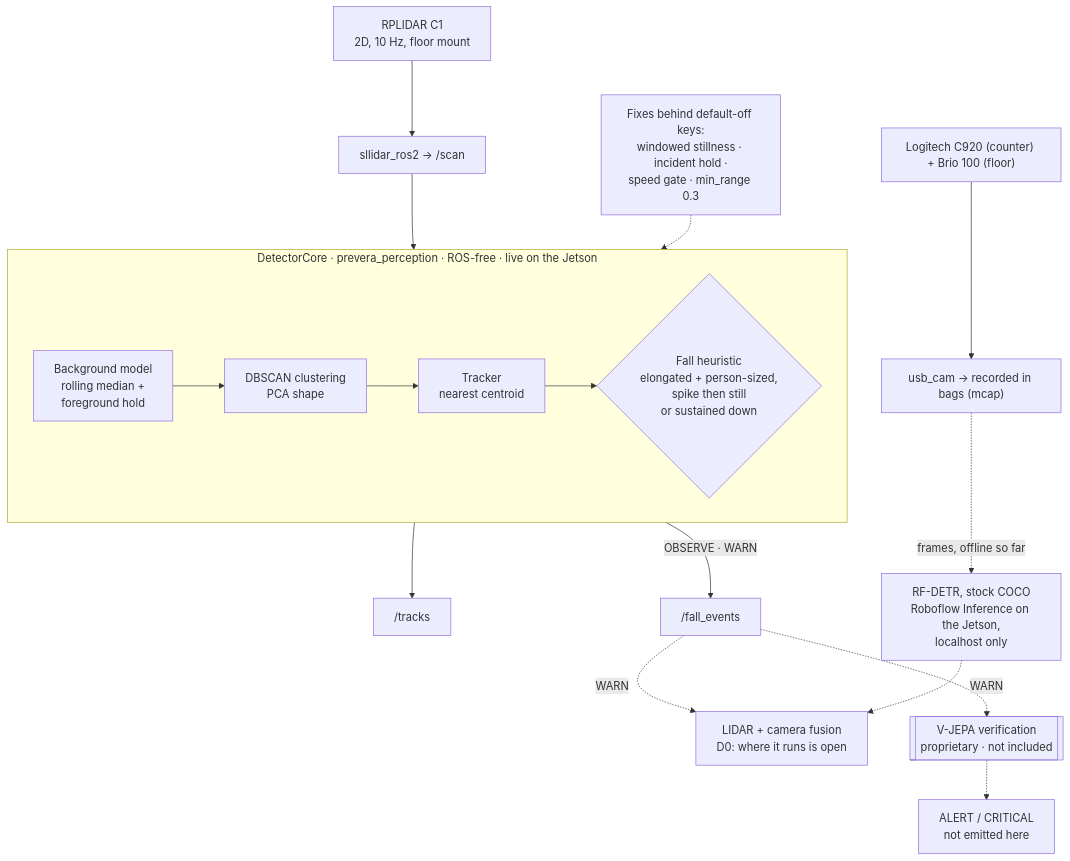
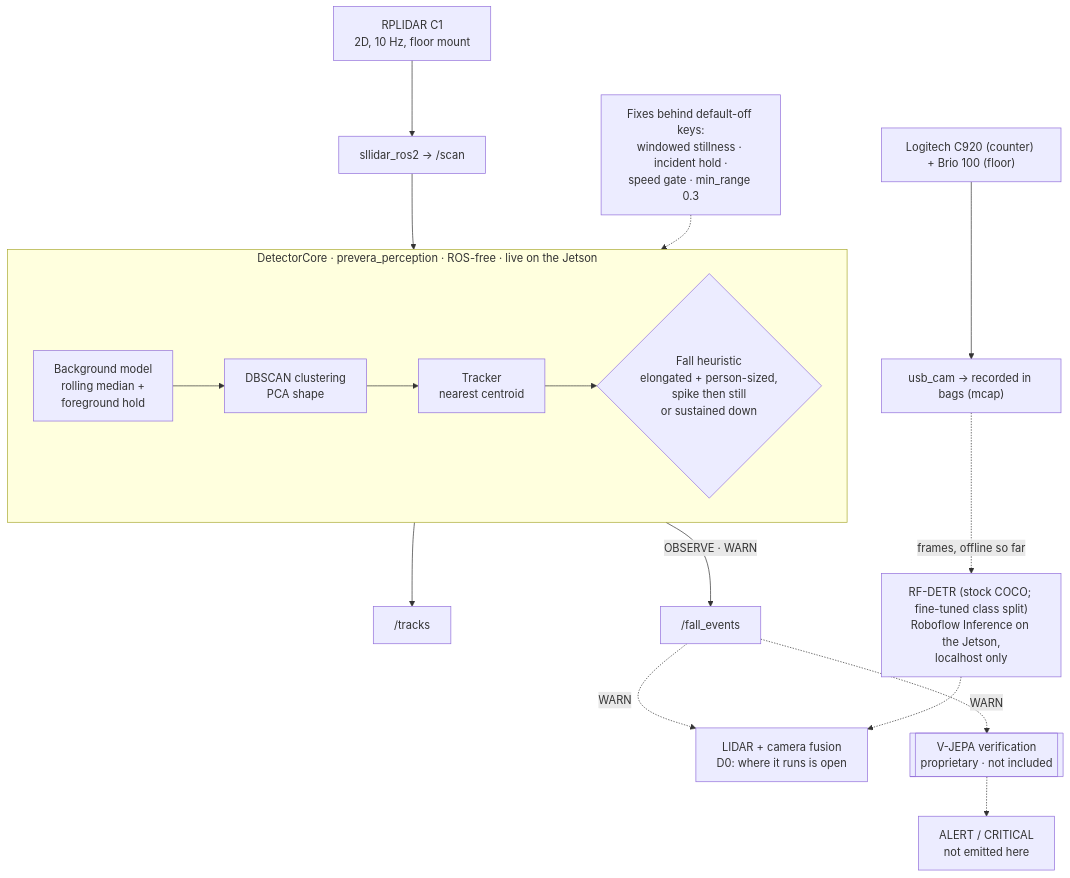
One commit to JeremyGracey-AI/prevera-guardian-lidar changed the first of 2 diagrams in README.md. Above: the diagram before and after it, drawn with Mermaid. The commit also changed other lines of this file, not shown here.

First line of the commit message:
docs: README brought to the 2026-09-28 state; Key results gains the fine-tune, device fit and co-load, with their caveats

````diff
--- a/README.md
+++ b/README.md
@@ -56,20 +57,20 @@
 ```mermaid
 flowchart TB
   lidar["RPLIDAR C1<br/>2D, 10 Hz, floor mount"] --> drv["sllidar_ros2 → /scan"]
   cams["Logitech C920 (counter) + Brio 100 (floor)"] --> uc["usb_cam → recorded in bags (mcap)"]
   subgraph core["DetectorCore · prevera_perception · ROS-free · live on the Jetson"]
     direction LR
     bg["Background model<br/>rolling median +<br/>foreground hold"] --> clu["DBSCAN clustering<br/>PCA shape"]
     clu --> trk["Tracker<br/>nearest centroid"]
     trk --> fall{"Fall heuristic<br/>elongated + person-sized,<br/>spike then still<br/>or sustained down"}
   end
   drv --> bg
   fixes["Fixes behind default-off keys:<br/>windowed stillness · incident hold ·<br/>speed gate · min_range 0.3"] -.-> core
   trk --> tracks["/tracks"]
   fall -->|"OBSERVE · WARN"| events["/fall_events"]
-  uc -. "frames, offline so far" .-> rf["RF-DETR, stock COCO<br/>Roboflow Inference on the Jetson,<br/>localhost only"]
+  uc -. "frames, offline so far" .-> rf["RF-DETR (stock COCO; fine-tuned class split)<br/>Roboflow Inference on the Jetson,<br/>localhost only"]
   events -. "WARN" .-> fusion["LIDAR + camera fusion<br/>D0: where it runs is open"]
   rf -.-> fusion
   events -. "WARN" .-> vjepa[["V-JEPA verification<br/>proprietary · not included"]]
   vjepa -.-> confirmed["ALERT / CRITICAL<br/>not emitted here"]
 ```
````
